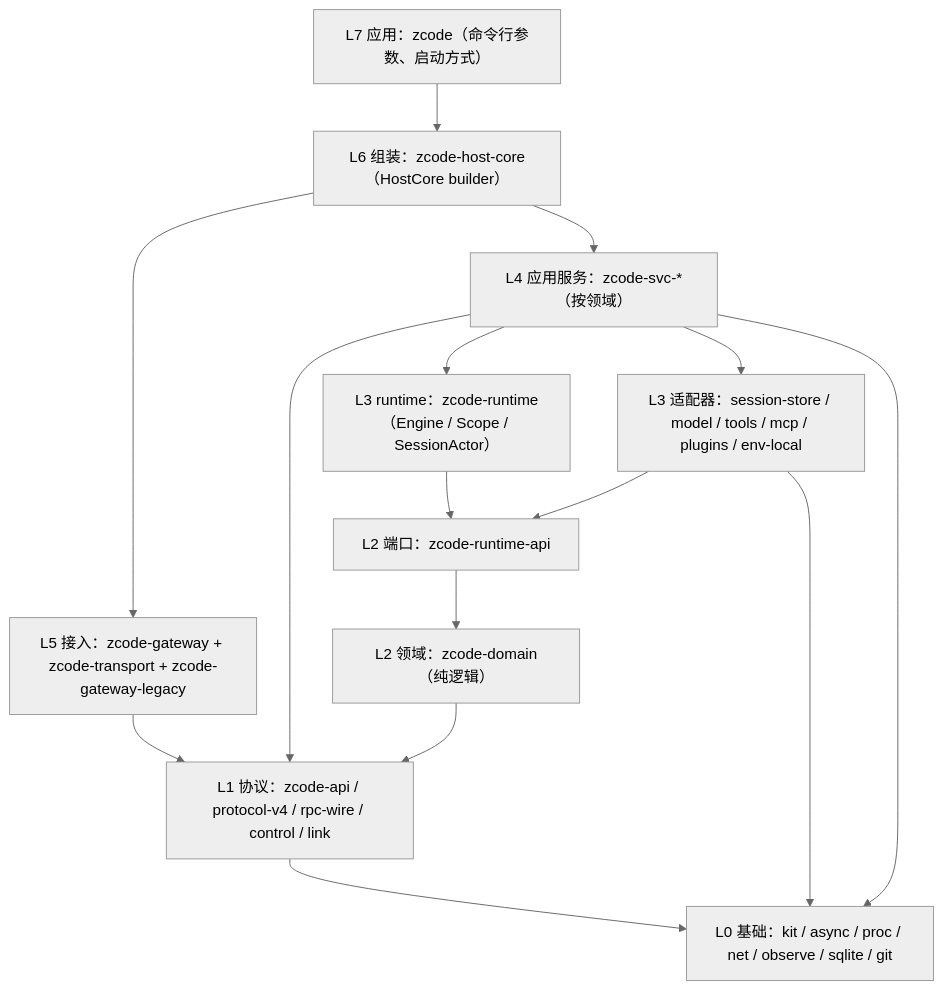
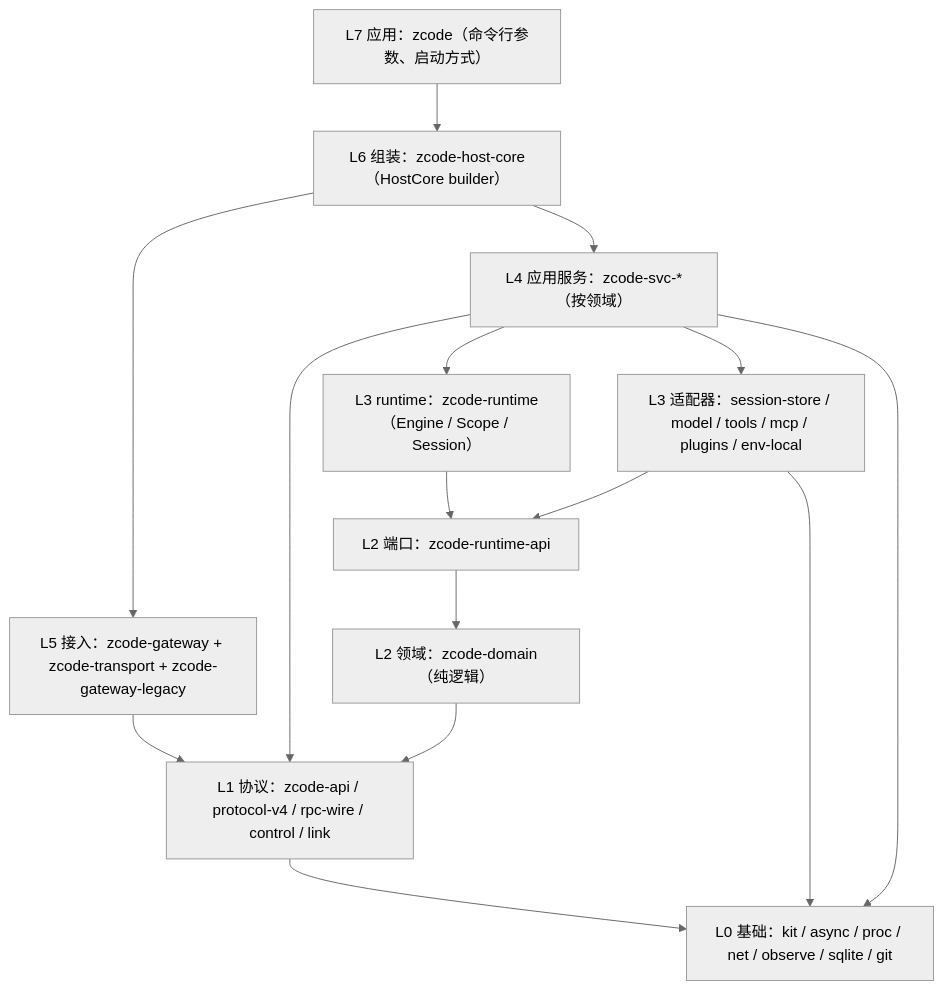
One commit to Madin-H23/ZCode-rs changed the second of 10 diagrams in docs/specs/rust-unified-host.md. Above: the diagram before and after it, drawn with Mermaid (neutral theme). The commit also changed other lines of this file and 1 other file, not shown here.

First line of the commit message:
docs(rust): keep one Engine for all workspaces; add Codex engineering practices

````diff
--- a/docs/specs/rust-unified-host.md
+++ b/docs/specs/rust-unified-host.md
@@ -125,17 +125,17 @@
 ```mermaid
 flowchart TB
     BIN["L7 应用：zcode（命令行参数、启动方式）"] --> HC["L6 组装：zcode-host-core（HostCore builder）"]
     HC --> GW["L5 接入：zcode-gateway + zcode-transport + zcode-gateway-legacy"]
     HC --> SVC["L4 应用服务：zcode-svc-*（按领域）"]
     GW --> API
-    SVC --> RT["L3 runtime：zcode-runtime（Engine / Scope / SessionActor）"]
+    SVC --> RT["L3 runtime：zcode-runtime（Engine / Scope / Session）"]
     SVC --> AD["L3 适配器：session-store / model / tools / mcp / plugins / env-local"]
     RT --> RAPI["L2 端口：zcode-runtime-api"]
     AD --> RAPI
     RAPI --> DOM["L2 领域：zcode-domain（纯逻辑）"]
     SVC --> API["L1 协议：zcode-api / protocol-v4 / rpc-wire / control / link"]
     DOM --> API
     API --> FND["L0 基础：kit / async / proc / net / observe / sqlite / git"]
     AD --> FND
     SVC --> FND
 ```
````
